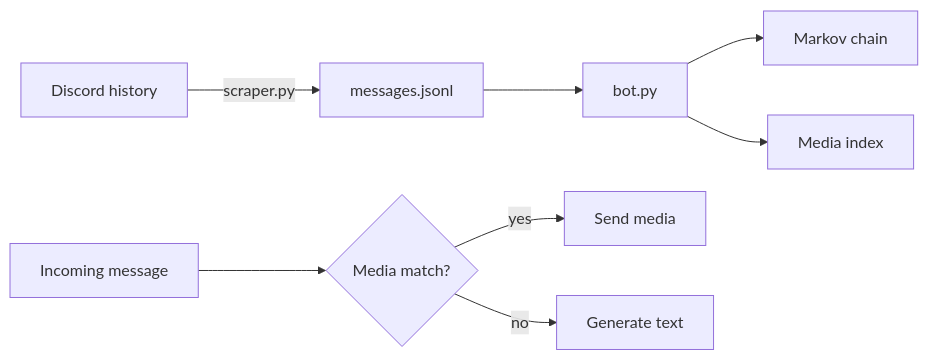
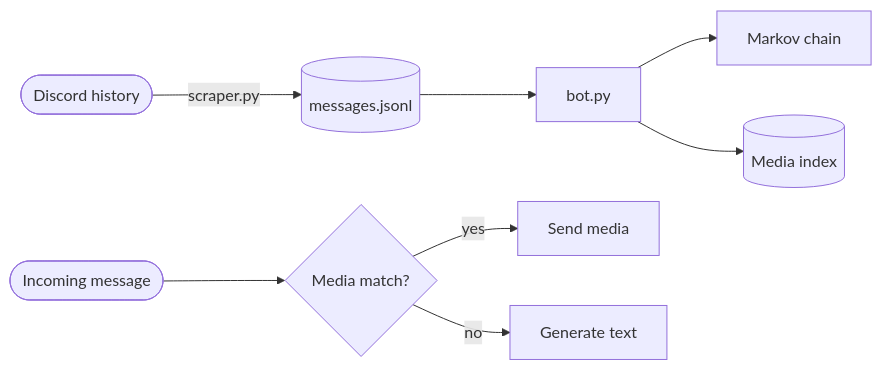
One commit to Bittu5134/bittu5134.github.io changed the diagram in blogs/a-very-dumb-markov-chatbot.md. Above: the diagram before and after it, drawn with Mermaid. The commit also changed 3 other files, not shown here.

````diff
--- a/blogs/a-very-dumb-markov-chatbot.md
+++ b/blogs/a-very-dumb-markov-chatbot.md
@@ -32,10 +32,10 @@
 ```mermaid
 flowchart LR
-  A["Discord history"] -->|scraper.py| B["messages.jsonl"]
+  A(["Discord history"]) -->|scraper.py| B[("messages.jsonl")]
   B --> C["bot.py"]
   C --> D["Markov chain"]
-  C --> E["Media index"]
-  F["Incoming message"] --> G{"Media match?"}
+  C --> E[("Media index")]
+  F(["Incoming message"]) --> G{"Media match?"}
   G -- "yes" --> H["Send media"]
   G -- "no" --> I["Generate text"]
 ```
````
